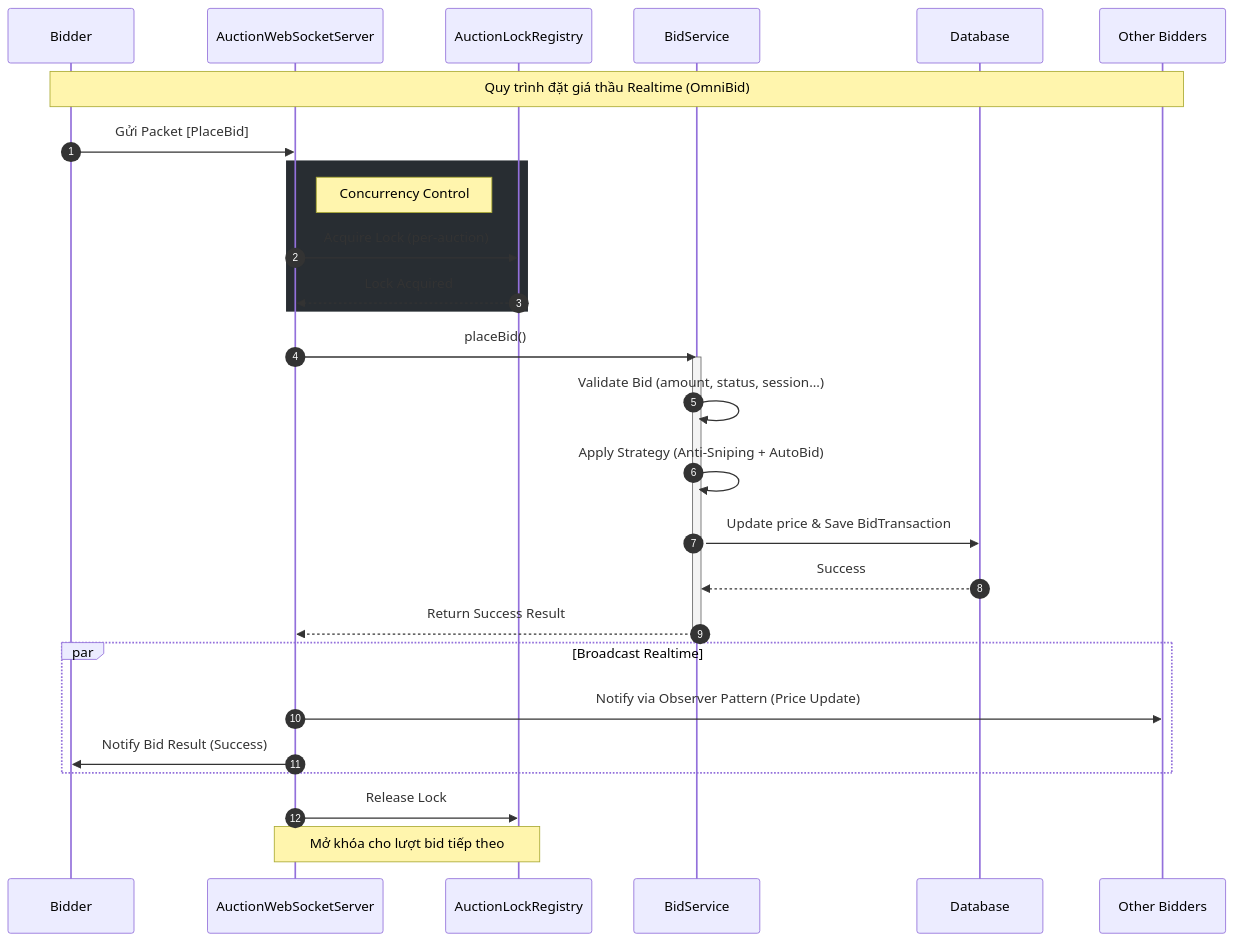
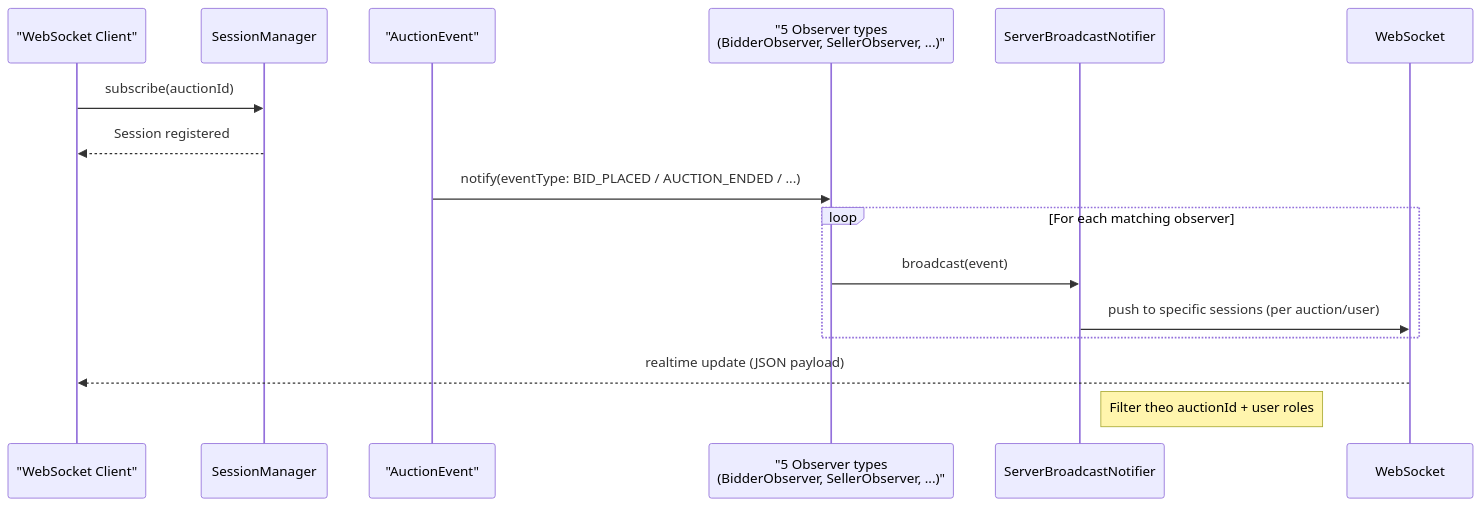
The first of 4 diagrams in README.md (vuxgiakhanh-source/online-auction-system), drawn with Mermaid before and after one commit. The commit also changed other lines of this file and 6 other files, not shown here.

Commit message:
update test sessions and sequence diagrams

````diff
--- a/README.md
+++ b/README.md
@@ -86,40 +86,22 @@
 ```mermaid
 sequenceDiagram
-    autonumber
-    participant B as Bidder
-    participant S as AuctionWebSocketServer
-    participant L as AuctionLockRegistry
-    participant SVC as BidService
-    participant DB as Database
-    participant OB as Other Bidders
+    participant Client as "WebSocket Client"
+    participant SessionManager
+    participant AuctionEvent as "AuctionEvent"
+    participant Observers as "5 Observer types<br/>(BidderObserver, SellerObserver, ...)"
+    participant ServerBroadcastNotifier
+    participant WebSocket
 
-    Note over B, OB: Quy trình đặt giá thầu Realtime (OmniBid)
+    Client->>SessionManager: subscribe(auctionId)
+    SessionManager-->>Client: Session registered
 
-    B->>S: Gửi Packet [PlaceBid]
+    AuctionEvent->>Observers: notify(eventType: BID_PLACED / AUCTION_ENDED / ...)
     
-    rect rgb(40, 45, 50)
-        Note right of S: Concurrency Control
-        S->>L: Acquire Lock (per-auction)
-        L-->>S: Lock Acquired
+    loop For each matching observer
+        Observers->>ServerBroadcastNotifier: broadcast(event)
+        ServerBroadcastNotifier->>WebSocket: push to specific sessions (per auction/user)
     end
 
-    S->>SVC: placeBid()
-    
-    activate SVC
-    SVC->>SVC: Validate Bid (amount, status, session...)
-    SVC->>SVC: Apply Strategy (Anti-Sniping + AutoBid)
-    
-    SVC->>DB: Update price & Save BidTransaction
-    DB-->>SVC: Success
-    
-    SVC-->>S: Return Success Result
-    deactivate SVC
-
-    par Broadcast Realtime
-        S->>OB: Notify via Observer Pattern (Price Update)
-        S->>B: Notify Bid Result (Success)
-    end
-
-    S->>L: Release Lock
-    Note over S, L: Mở khóa cho lượt bid tiếp theo
+    WebSocket-->>Client: realtime update (JSON payload)
+    Note right of ServerBroadcastNotifier: Filter theo auctionId + user roles
 ```
````
